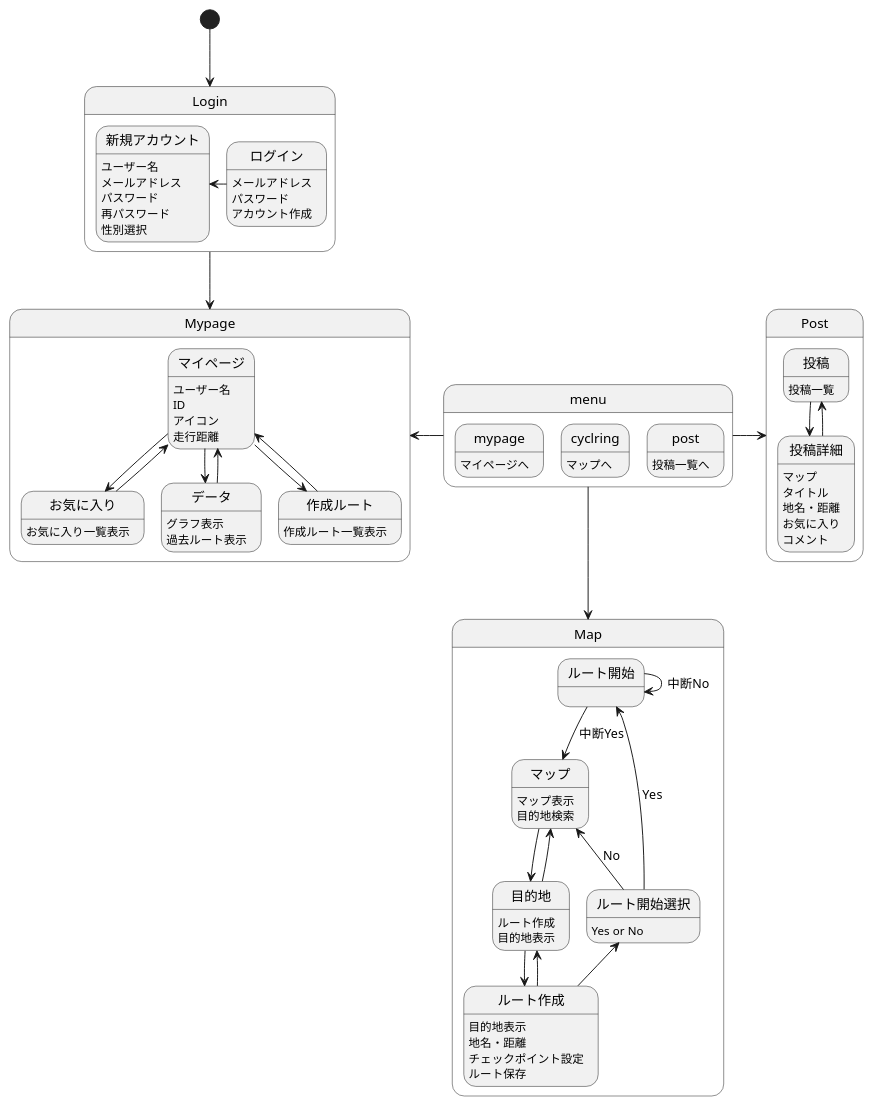
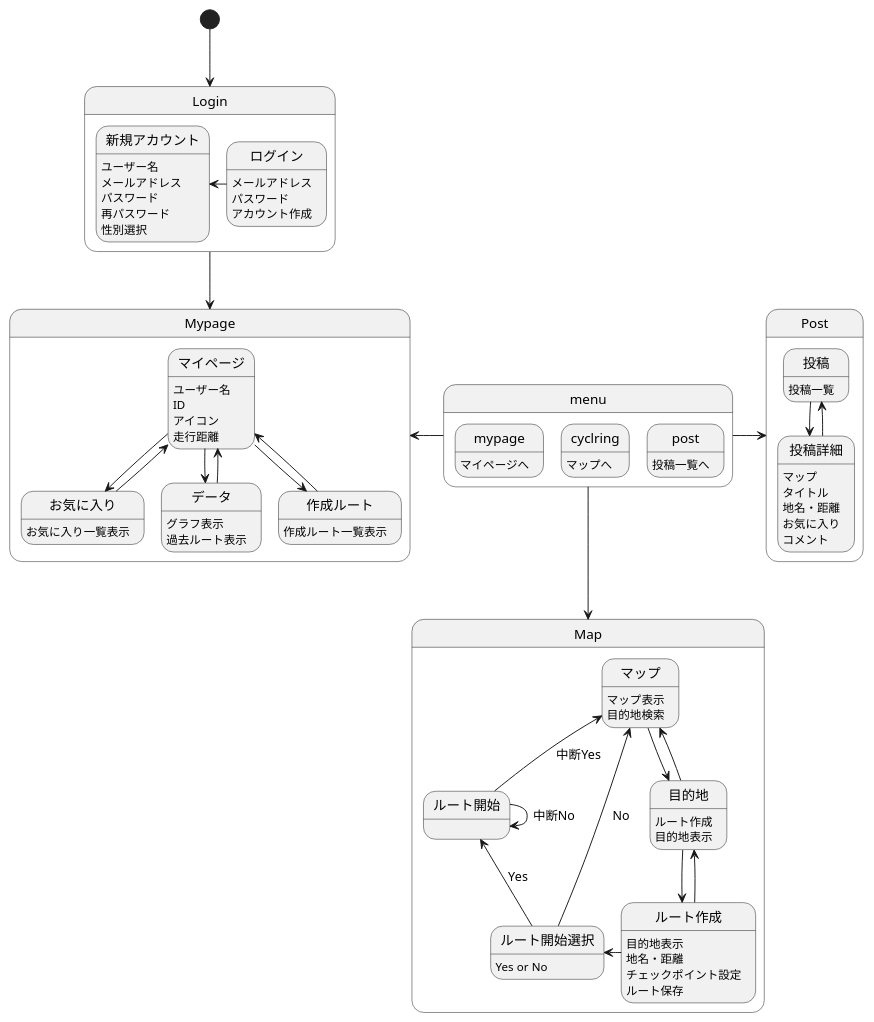
One commit to AsoSD3A3/CyclingSystem changed the diagram in 画面遷移図/gm.md. Above: the diagram before and after it, drawn with PlantUML.

```diff
--- a/画面遷移図/gm.md
+++ b/画面遷移図/gm.md
@@ -65,7 +65,7 @@
 ルート開始選択-up->ルート開始 :Yes
 ルート開始選択-up->マップ :No
 ルート開始-->ルート開始 :中断No
-ルート開始-->マップ :中断Yes
+ルート開始-up->マップ :中断Yes
 }
 
 state Post{
```
